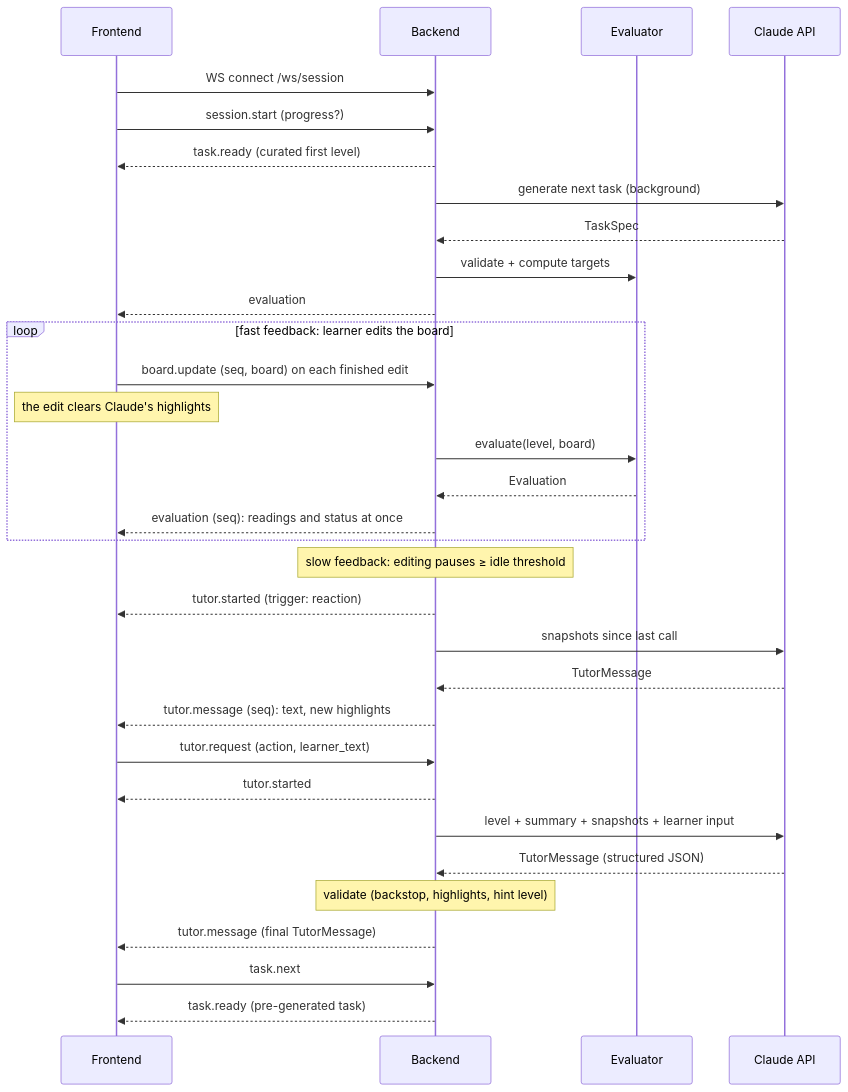
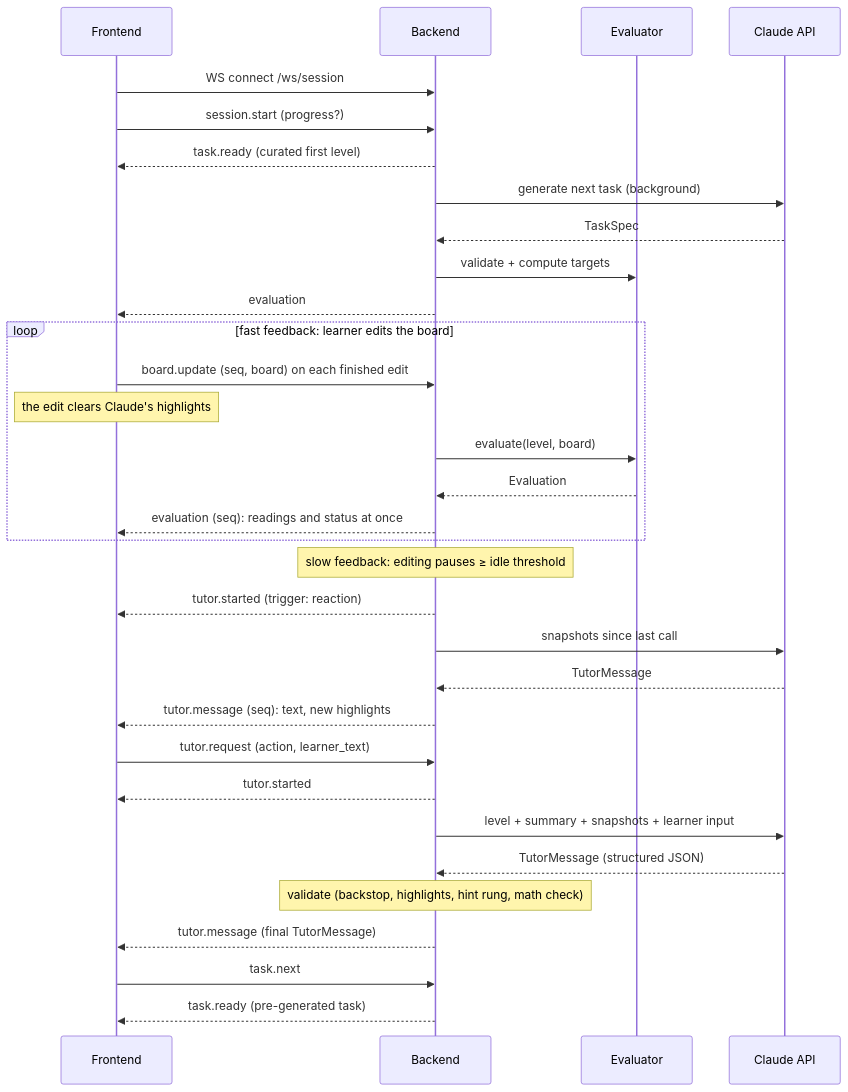
Before and after one commit to VOxFF/schematics-ai-tutor: the diagram in docs/contract.md, drawn with Mermaid. The commit also changed other lines of this file and 5 other files, not shown here.

Commit message:
Design: formulas: chat.formula with a math check, a four-rung hint ladder, paragraphs

````diff
--- a/docs/contract.md
+++ b/docs/contract.md
@@ -5,35 +5,35 @@
 ```mermaid
 sequenceDiagram
     participant FE as Frontend
     participant BE as Backend
     participant EV as Evaluator
     participant C as Claude API
 
     FE->>BE: WS connect /ws/session
     FE->>BE: session.start (progress?)
     BE-->>FE: task.ready (curated first level)
     BE->>C: generate next task (background)
     C-->>BE: TaskSpec
     BE->>EV: validate + compute targets
     BE-->>FE: evaluation
     loop fast feedback: learner edits the board
         FE->>BE: board.update (seq, board) on each finished edit
         Note over FE: the edit clears Claude's highlights
         BE->>EV: evaluate(level, board)
         EV-->>BE: Evaluation
         BE-->>FE: evaluation (seq): readings and status at once
     end
     Note over BE: slow feedback: editing pauses ≥ idle threshold
     BE-->>FE: tutor.started (trigger: reaction)
     BE->>C: snapshots since last call
     C-->>BE: TutorMessage
     BE-->>FE: tutor.message (seq): text, new highlights
     FE->>BE: tutor.request (action, learner_text)
     BE-->>FE: tutor.started
     BE->>C: level + summary + snapshots + learner input
     C-->>BE: TutorMessage (structured JSON)
-    Note over BE: validate (backstop, highlights, hint level)
+    Note over BE: validate (backstop, highlights, hint rung, math check)
     BE-->>FE: tutor.message (final TutorMessage)
     FE->>BE: task.next
     BE-->>FE: task.ready (pre-generated task)
 ```
````
